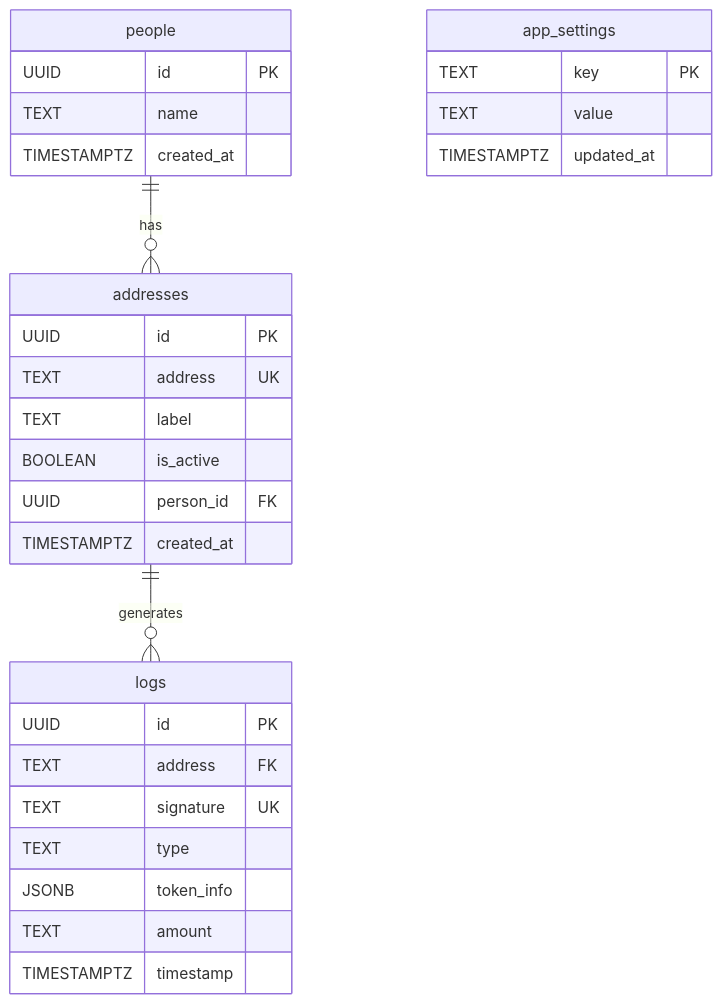
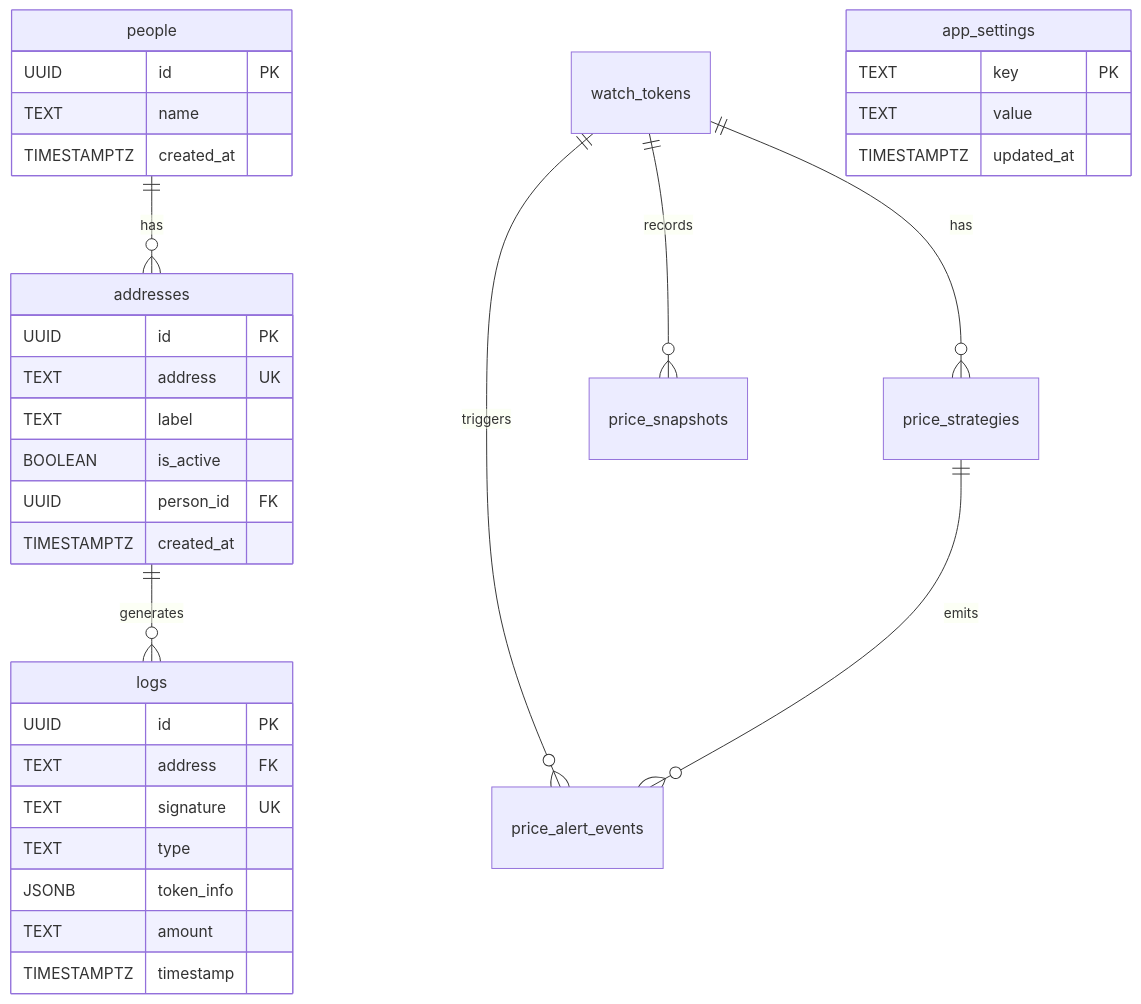
One commit to quant67/sol-tracker changed the third of 3 diagrams in docs/technical_doc.md. Above: the diagram before and after it, drawn with Mermaid. The commit also changed other lines of this file and 11 other files, not shown here.

````diff
--- a/docs/technical_doc.md
+++ b/docs/technical_doc.md
@@ -197,36 +249,40 @@
 ```mermaid
 erDiagram
     people ||--o{ addresses : "has"
     addresses ||--o{ logs : "generates"
+    watch_tokens ||--o{ price_strategies : "has"
+    watch_tokens ||--o{ price_snapshots : "records"
+    watch_tokens ||--o{ price_alert_events : "triggers"
+    price_strategies ||--o{ price_alert_events : "emits"
 
     app_settings {
         TEXT key PK
         TEXT value
         TIMESTAMPTZ updated_at
     }
 
     people {
         UUID id PK
         TEXT name
         TIMESTAMPTZ created_at
     }
 
     addresses {
         UUID id PK
         TEXT address UK
         TEXT label
         BOOLEAN is_active
         UUID person_id FK
         TIMESTAMPTZ created_at
     }
 
     logs {
         UUID id PK
         TEXT address FK
         TEXT signature UK
         TEXT type
         JSONB token_info
         TEXT amount
         TIMESTAMPTZ timestamp
     }
 ```
````
